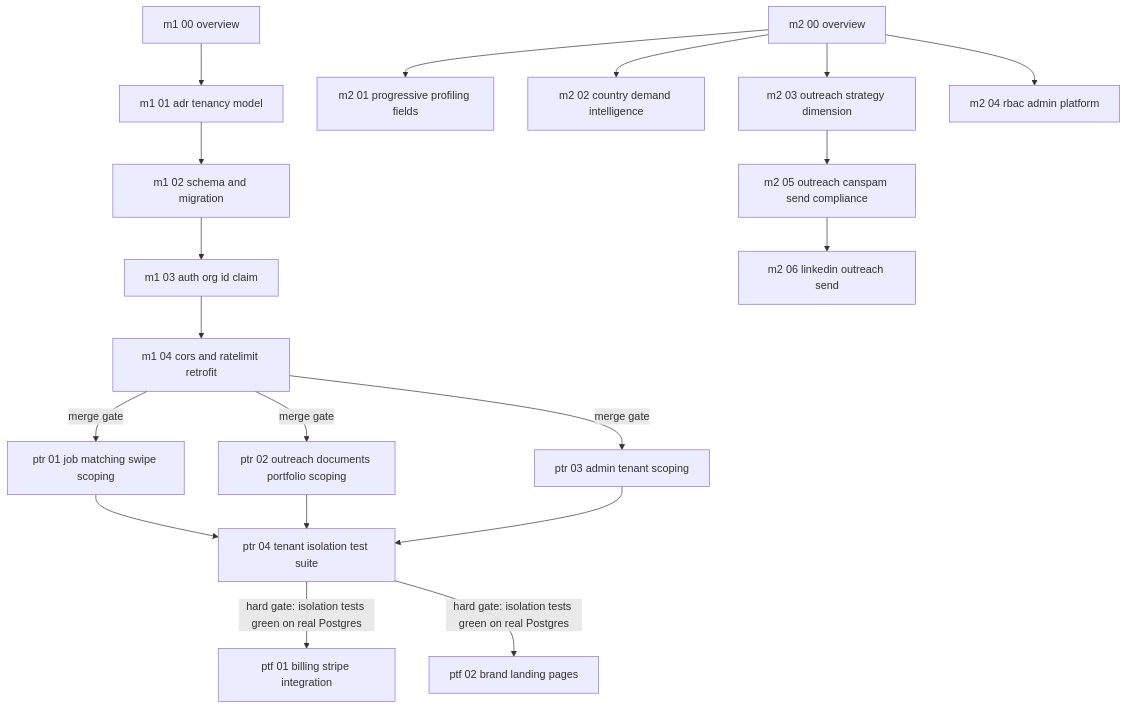
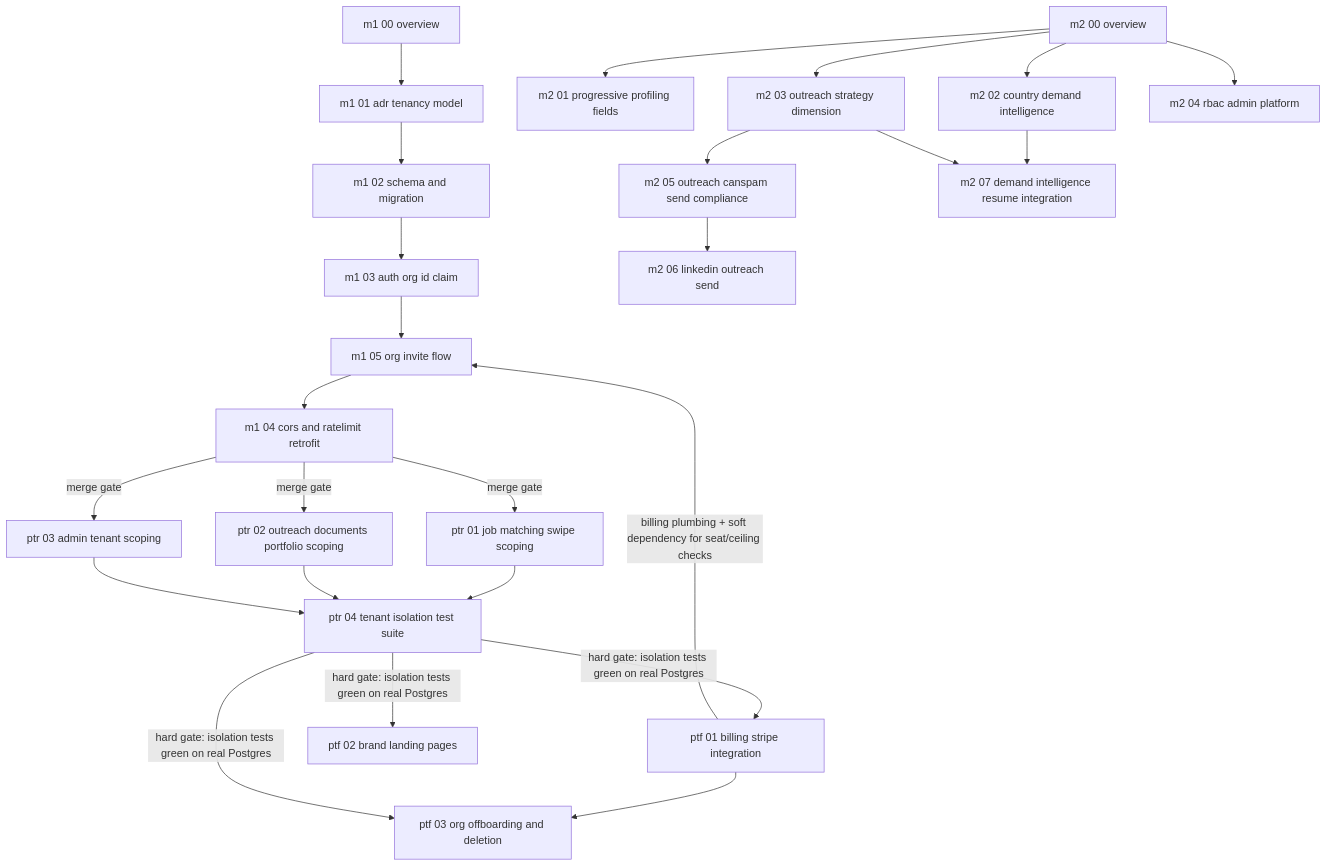
Before and after one commit to 1Touch-dev/HyerPathEnrichment: the diagram in task-orchestration/README.md, drawn with Mermaid. The commit also changed other lines of this file and 2 other files, not shown here.

````diff
--- a/task-orchestration/README.md
+++ b/task-orchestration/README.md
@@ -40,41 +40,49 @@
 ```mermaid
 graph TD
   M1_00[m1 00 overview]
   M1_01[m1 01 adr tenancy model]
   M1_02[m1 02 schema and migration]
   M1_03[m1 03 auth org id claim]
+  M1_05[m1 05 org invite flow]
   M1_04[m1 04 cors and ratelimit retrofit]
 
   M2_00[m2 00 overview]
   M2_01[m2 01 progressive profiling fields]
   M2_02[m2 02 country demand intelligence]
   M2_03[m2 03 outreach strategy dimension]
   M2_04[m2 04 rbac admin platform]
   M2_05[m2 05 outreach canspam send compliance]
   M2_06[m2 06 linkedin outreach send]
+  M2_07[m2 07 demand intelligence resume integration]
 
   PTR_01[ptr 01 job matching swipe scoping]
   PTR_02[ptr 02 outreach documents portfolio scoping]
   PTR_03[ptr 03 admin tenant scoping]
   PTR_04[ptr 04 tenant isolation test suite]
 
   PTF_01[ptf 01 billing stripe integration]
   PTF_02[ptf 02 brand landing pages]
+  PTF_03[ptf 03 org offboarding and deletion]
 
-  M1_00 --> M1_01 --> M1_02 --> M1_03 --> M1_04
+  M1_00 --> M1_01 --> M1_02 --> M1_03 --> M1_05 --> M1_04
   M1_04 -->|merge gate| PTR_01
   M1_04 -->|merge gate| PTR_02
   M1_04 -->|merge gate| PTR_03
   PTR_01 --> PTR_04
   PTR_02 --> PTR_04
   PTR_03 --> PTR_04
   PTR_04 -->|hard gate: isolation tests green on real Postgres| PTF_01
   PTR_04 -->|hard gate: isolation tests green on real Postgres| PTF_02
+  PTF_01 -->|billing plumbing + soft dependency for seat/ceiling checks| M1_05
+  PTF_01 --> PTF_03
+  PTR_04 -->|hard gate: isolation tests green on real Postgres| PTF_03
 
   M2_00 --> M2_01
   M2_00 --> M2_02
   M2_00 --> M2_03
   M2_00 --> M2_04
   M2_03 --> M2_05
   M2_05 --> M2_06
+  M2_02 --> M2_07
+  M2_03 --> M2_07
 ```
````
